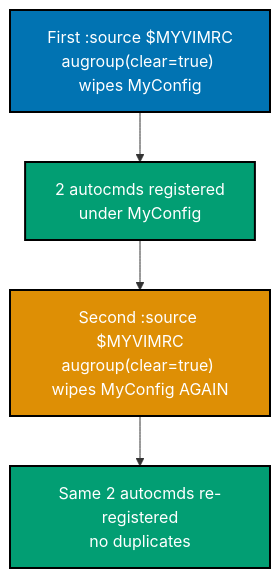
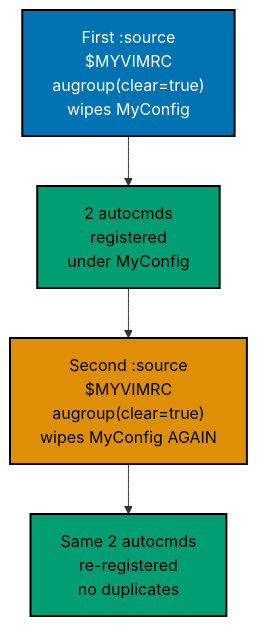
One commit to wahidyankf/ose-public changed the third of 7 diagrams in apps/ayokoding-www/content/en/learn/courses/extending-neovim/learning/beginner.md. Above: the diagram before and after it, drawn with Mermaid. The commit also changed other lines of this file and 144 other files, not shown here.

First line of the commit message:
fix(mermaid): bring the first half of the courses diagrams onto the accessible palette

````diff
--- a/apps/ayokoding-www/content/en/learn/courses/extending-neovim/learning/beginner.md
+++ b/apps/ayokoding-www/content/en/learn/courses/extending-neovim/learning/beginner.md
@@ -493,13 +499,16 @@
 ```mermaid
 %% Color Palette: Blue #0173B2, Orange #DE8F05, Teal #029E73
 flowchart TD
-    A["First :source $MYVIMRC<br/>augroup(clear=true) wipes MyConfig"]:::blue
-    B["2 autocmds registered<br/>under MyConfig"]:::teal
-    C["Second :source $MYVIMRC<br/>augroup(clear=true) wipes MyConfig AGAIN"]:::orange
-    D["Same 2 autocmds re-registered<br/>no duplicates"]:::teal
+    accTitle: Example 16: Augroup-Scoped Autocmds
+    accDescr: Flowchart with 4 nodes and 3 connections. Nodes: First :source $MYVIMRC augroup(clear=true) wipes MyConfig, 2 autocmds registered under MyConfig, Second :source $MYVIMRC augroup(clear=true) wipes MyConfig AGAIN, Same 2 autocmds re-registered no duplicates. Connections: First :source $MYVIMRC augroup(clear=true) wipes MyConfig to 2 autocmds registered under MyConfig, 2 autocmds registered under MyConfig to Second :source $MYVIMRC augroup(clear=true) wipes MyConfig AGAIN, Second :source $MYVIMRC augroup(clear=true) wipes MyConfig AGAIN to Same 2 autocmds re-registered no duplicates.
+    A["First :source<br/>$MYVIMRC<br/>augroup(clear=true)<br/>wipes MyConfig"]:::blue
+    B["2 autocmds<br/>registered<br/>under MyConfig"]:::teal
+    C["Second :source<br/>$MYVIMRC<br/>augroup(clear=true)<br/>wipes MyConfig AGAIN"]:::orange
+    D["Same 2 autocmds<br/>re-registered<br/>no duplicates"]:::teal
     A --> B --> C --> D
 
     classDef blue fill:#0173B2,stroke:#000000,color:#FFFFFF,stroke-width:2px
-    classDef orange fill:#DE8F05,stroke:#000000,color:#FFFFFF,stroke-width:2px
-    classDef teal fill:#029E73,stroke:#000000,color:#FFFFFF,stroke-width:2px
+    classDef orange fill:#DE8F05,stroke:#000000,color:#000000,stroke-width:2px
+    classDef teal fill:#029E73,stroke:#000000,color:#000000,stroke-width:2px
+    classDef default fill:#FFFFFF,stroke:#000000,color:#000000
 ```
````
